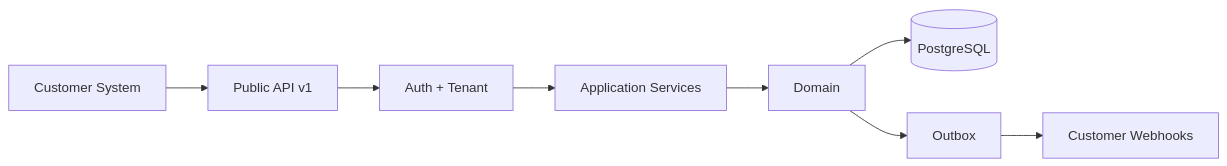
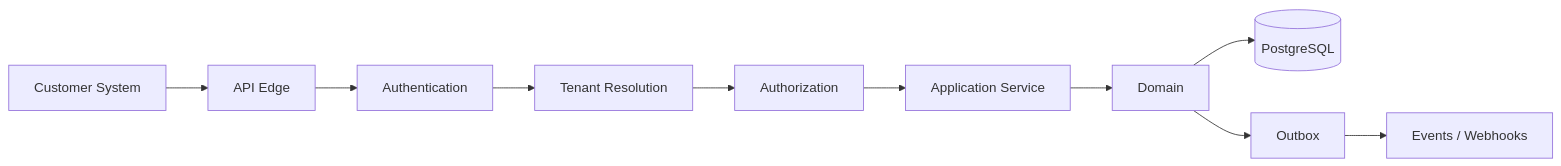
Before and after one commit to D-engahmed/OMILINKS: the diagram in docs/api/public-api.md, drawn with Mermaid. The commit also changed other lines of this file, not shown here.

Commit message:
docs: deepen public api contract

````diff
--- a/docs/api/public-api.md
+++ b/docs/api/public-api.md
@@ -35,10 +211,12 @@
-```mermaid
+~~~mermaid
 flowchart LR
-EXT[Customer System] --> API[Public API v1]
-API --> AUTH[Auth + Tenant]
-AUTH --> USE[Application Services]
-USE --> DOM[Domain]
-DOM --> DB[(PostgreSQL)]
-DOM --> O[Outbox]
-O --> WH[Customer Webhooks]
-```
+CLIENT[Customer System] --> EDGE[API Edge]
+EDGE --> AUTH[Authentication]
+AUTH --> TENANT[Tenant Resolution]
+TENANT --> Z[Authorization]
+Z --> APP[Application Service]
+APP --> DOMAIN[Domain]
+DOMAIN --> DB[(PostgreSQL)]
+DOMAIN --> OUTBOX[Outbox]
+OUTBOX --> EVENTS[Events / Webhooks]
+~~~
````
